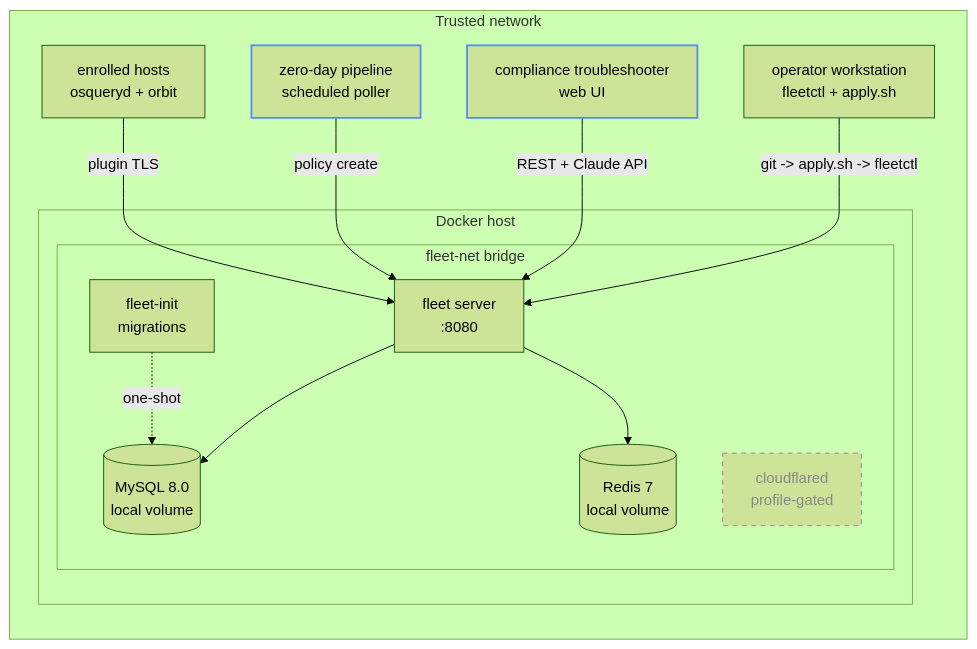
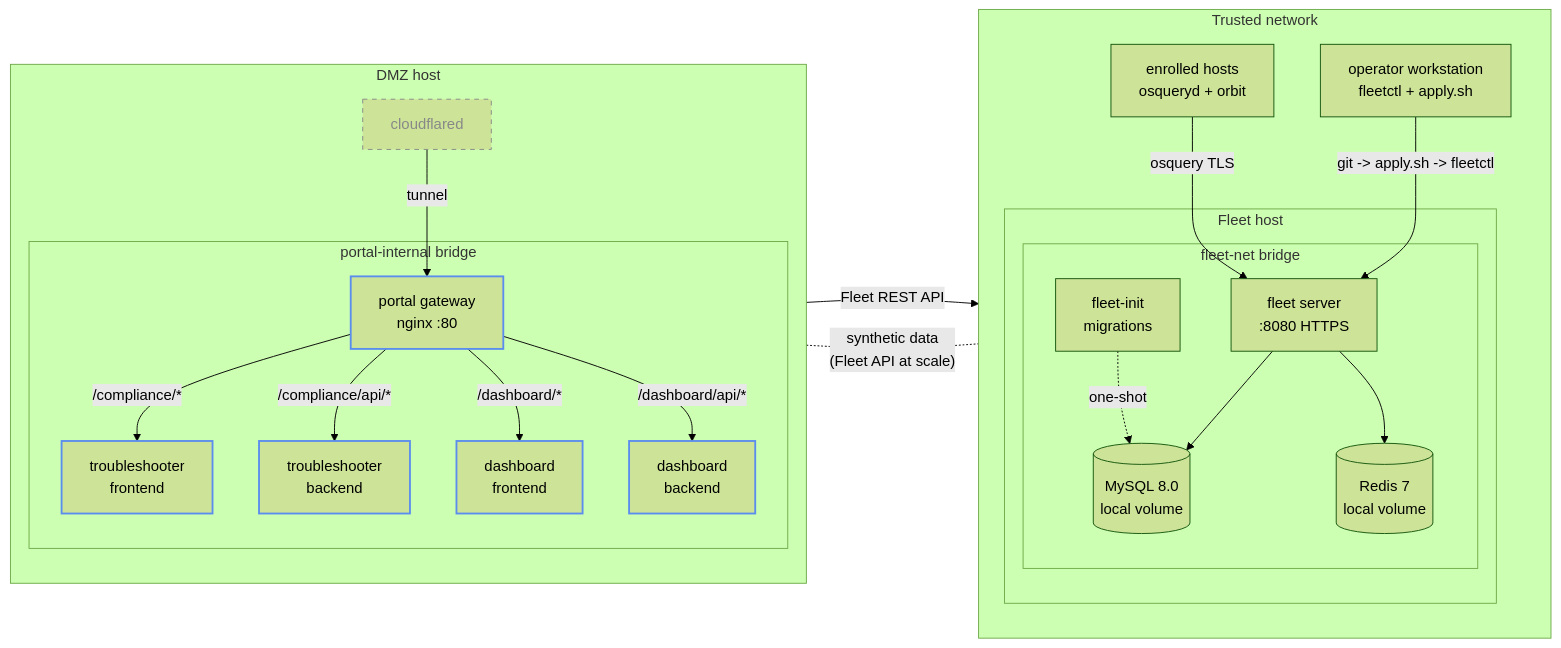
Before and after one commit to badbread/bread-fleet: the diagram in README.md, drawn with Mermaid (forest theme). The commit also changed other lines of this file and 50 other files, not shown here.

First line of the commit message:
feat: security posture dashboard, portal gateway, and fleet TLS

````diff
--- a/README.md
+++ b/README.md
@@ -57,32 +67,45 @@
 ```mermaid
 flowchart LR
+    subgraph "DMZ host"
+        direction TB
+        subgraph portal-stack [portal-internal bridge]
+            PORTAL[portal gateway<br/>nginx :80]:::tooling
+            CT_FE[troubleshooter<br/>frontend]:::tooling
+            CT_BE[troubleshooter<br/>backend]:::tooling
+            SD_FE[dashboard<br/>frontend]:::tooling
+            SD_BE[dashboard<br/>backend]:::tooling
+        end
+        CFD_WP[cloudflared]:::optional
+    end
+
     subgraph "Trusted network"
         direction TB
-        subgraph "Docker host"
+        subgraph "Fleet host"
             subgraph fleet-net [fleet-net bridge]
-                FLEET[fleet server<br/>:8080]
+                FLEET[fleet server<br/>:8080 HTTPS]
                 FLEETINIT[fleet-init<br/>migrations]
                 MYSQL[(MySQL 8.0<br/>local volume)]
                 REDIS[(Redis 7<br/>local volume)]
-                CFD[cloudflared<br/>profile-gated]:::optional
             end
         end
 
         OPS[operator workstation<br/>fleetctl + apply.sh]
-        TROUBLE[compliance troubleshooter<br/>web UI]:::tooling
-        ZD[zero-day pipeline<br/>scheduled poller]:::tooling
-
         LX[enrolled hosts<br/>osqueryd + orbit]
     end
 
+    CFD_WP -->|"tunnel"| PORTAL
+    PORTAL -->|"/compliance/*"| CT_FE
+    PORTAL -->|"/compliance/api/*"| CT_BE
+    PORTAL -->|"/dashboard/*"| SD_FE
+    PORTAL -->|"/dashboard/api/*"| SD_BE
+    CT_BE -->|"Fleet REST API"| FLEET
+    SD_BE -.-|"synthetic data<br/>(Fleet API at scale)"| FLEET
     OPS -->|"git -> apply.sh -> fleetctl"| FLEET
-    TROUBLE -->|"REST + Claude API"| FLEET
-    ZD -->|"policy create"| FLEET
-    LX -->|"plugin TLS"| FLEET
+    LX -->|"osquery TLS"| FLEET
     FLEET --> MYSQL
     FLEET --> REDIS
     FLEETINIT -.->|one-shot| MYSQL
 
     classDef optional stroke-dasharray: 5 5,stroke:#888,color:#888
     classDef tooling stroke:#5b8def,stroke-width:2px
 ```
````
